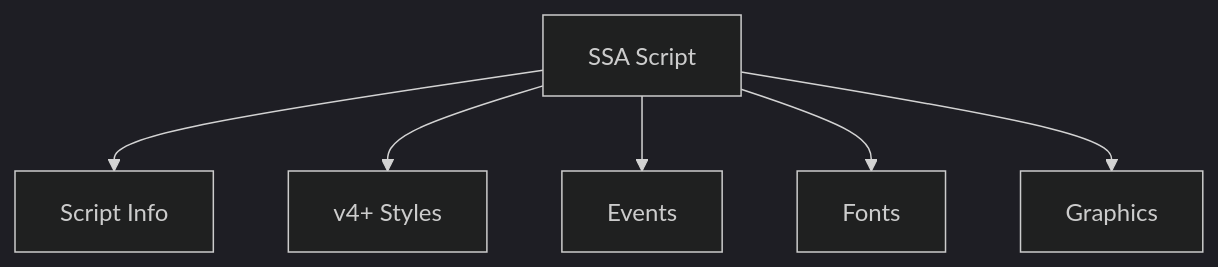
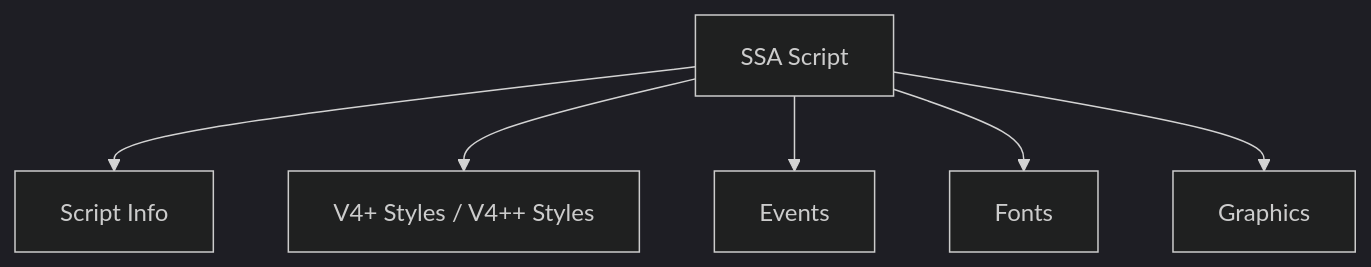
Before and after one commit to wiedymi/ass-rs: the first of 2 diagrams in architecture/ass-spec.md, drawn with Mermaid (dark theme). The commit also changed other lines of this file and 32 other files, not shown here.

````diff
--- a/architecture/ass-spec.md
+++ b/architecture/ass-spec.md
@@ -26,8 +25,8 @@
 ```mermaid
 graph TD
     A[SSA Script] --> B[Script Info]
-    A --> C[v4+ Styles]
+    A --> C[V4+ Styles / V4++ Styles]
     A --> D[Events]
     A --> E[Fonts]
     A --> F[Graphics]
 ```
````
